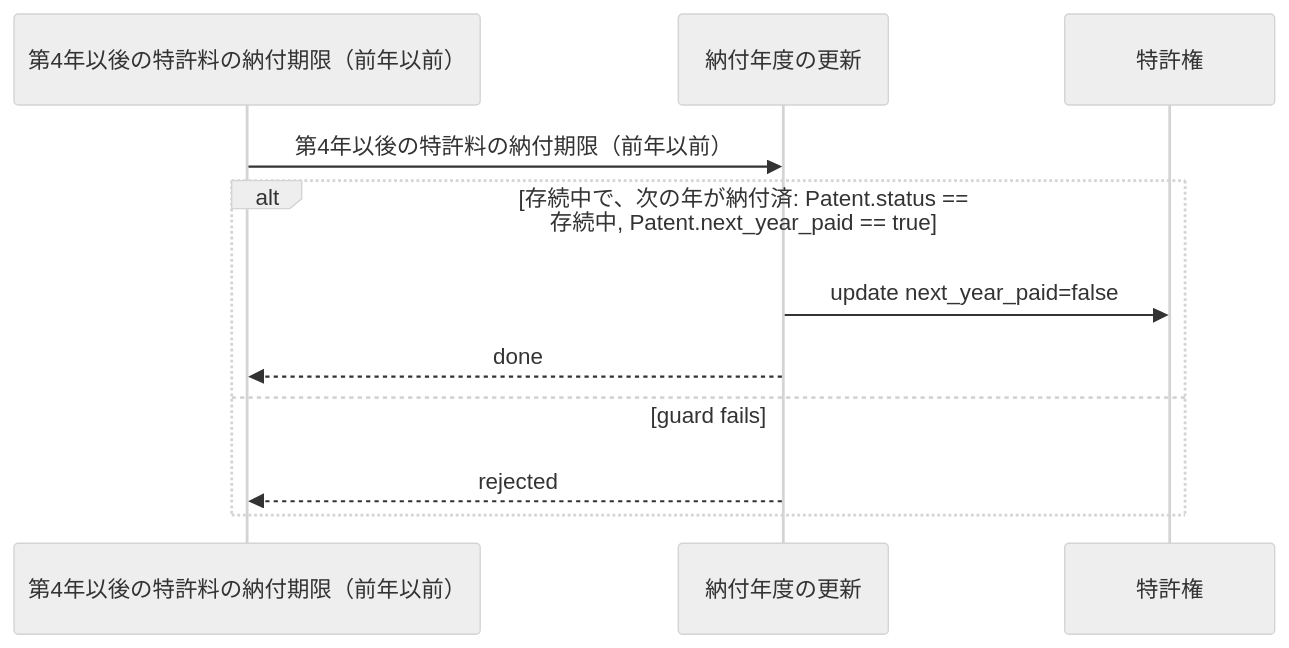
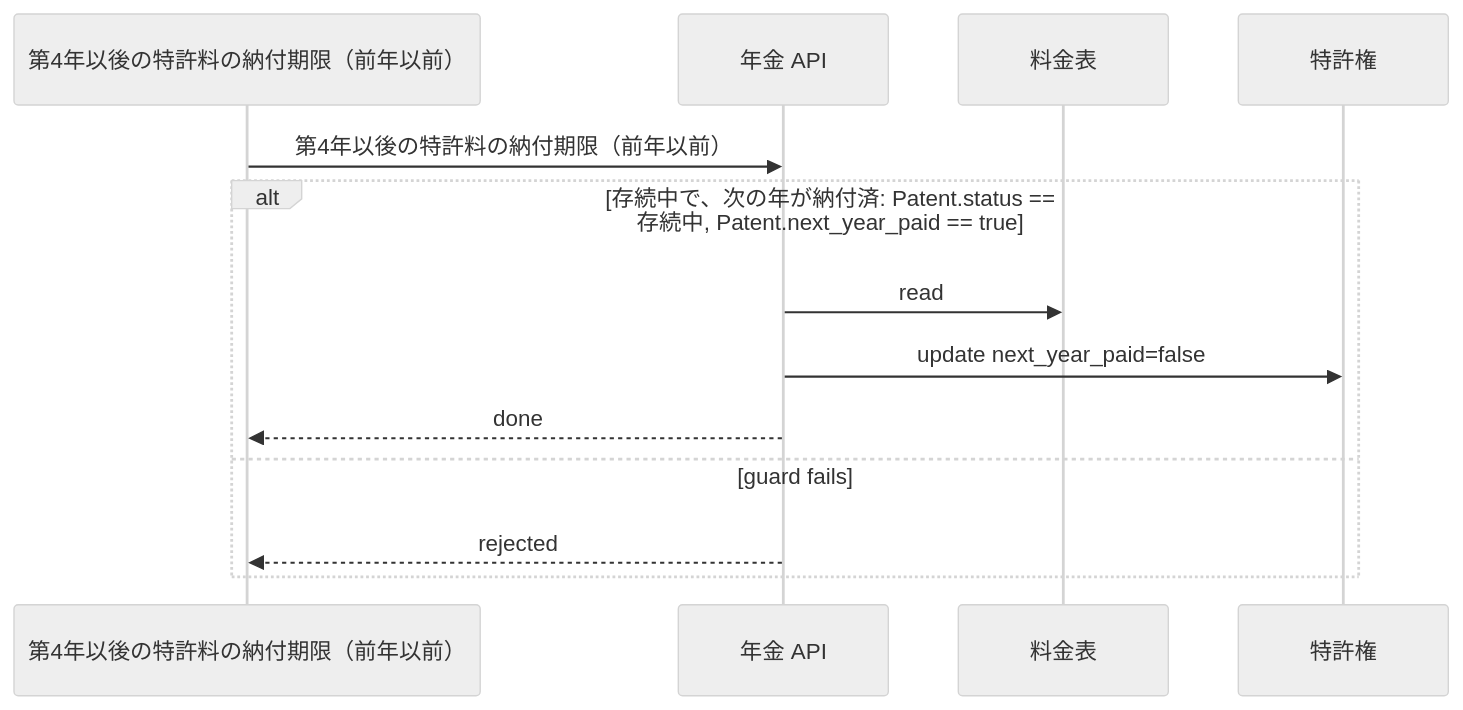
One commit to manji-0/rdra-ish-dsl changed the diagram in samples/patent-ops/out/uc/sequence_RollOverAnnuityYear.mmd. Above: the diagram before and after it, drawn with Mermaid (neutral theme). The commit also changed 22 other files, not shown here.

```diff
--- a/samples/patent-ops/out/uc/sequence_RollOverAnnuityYear.mmd
+++ b/samples/patent-ops/out/uc/sequence_RollOverAnnuityYear.mmd
@@ -1,14 +1,16 @@
 %% rdra-ish diagram=sequence scope=usecase:RollOverAnnuityYear model=samples/patent-ops
-%% kinds: timer usecase entity
+%% kinds: timer api entity
 %% omitted: buc step condition
 sequenceDiagram
   participant timer__AnnuityDueDate as 第4年以後の特許料の納付期限（前年以前）
-  participant usecase__RollOverAnnuityYear as 納付年度の更新
+  participant api__AnnuityApi as 年金 API
+  participant entity__FeeSchedule as 料金表
   participant entity__Patent as 特許権
-  timer__AnnuityDueDate ->> usecase__RollOverAnnuityYear: 第4年以後の特許料の納付期限（前年以前）
+  timer__AnnuityDueDate ->> api__AnnuityApi: 第4年以後の特許料の納付期限（前年以前）
   alt 存続中で、次の年が納付済: Patent.status == 存続中, Patent.next_year_paid == true
-    usecase__RollOverAnnuityYear ->> entity__Patent: update next_year_paid=false
-    usecase__RollOverAnnuityYear -->> timer__AnnuityDueDate: done
+    api__AnnuityApi ->> entity__FeeSchedule: read
+    api__AnnuityApi ->> entity__Patent: update next_year_paid=false
+    api__AnnuityApi -->> timer__AnnuityDueDate: done
   else guard fails
-    usecase__RollOverAnnuityYear -->> timer__AnnuityDueDate: rejected
+    api__AnnuityApi -->> timer__AnnuityDueDate: rejected
   end
```
